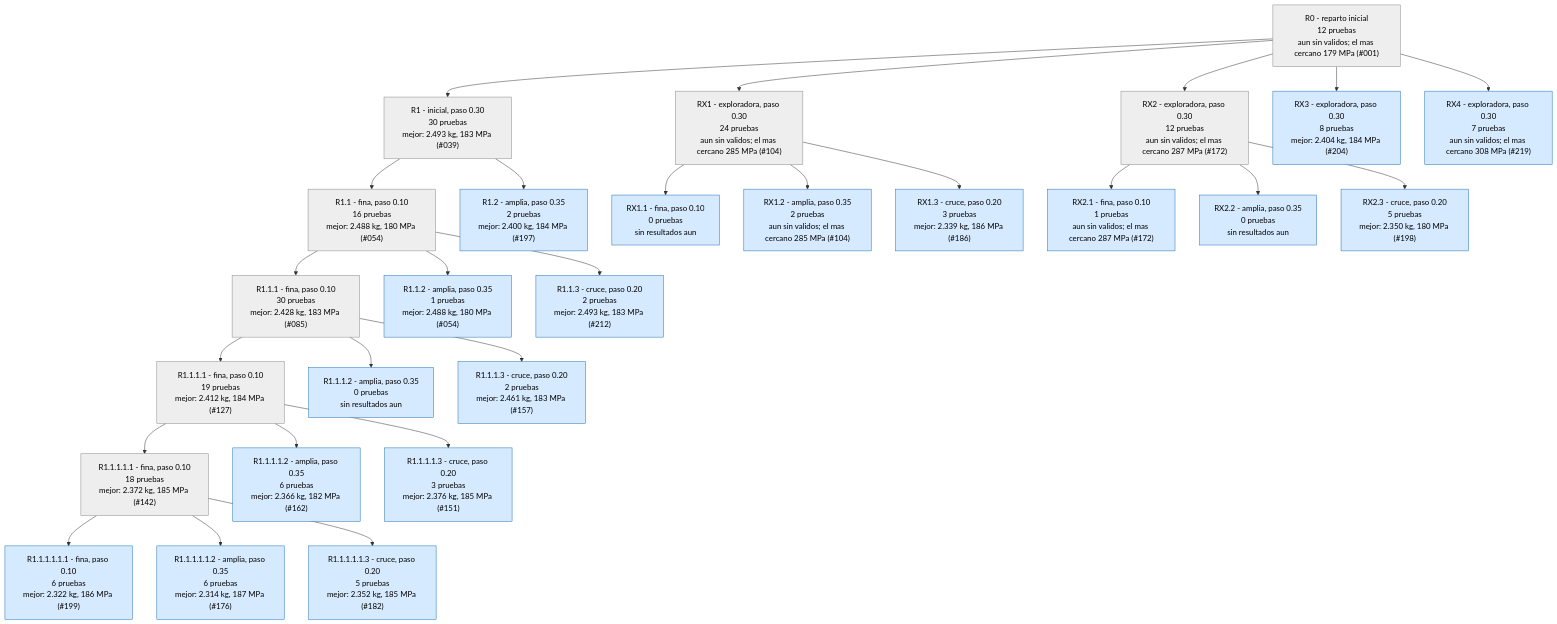
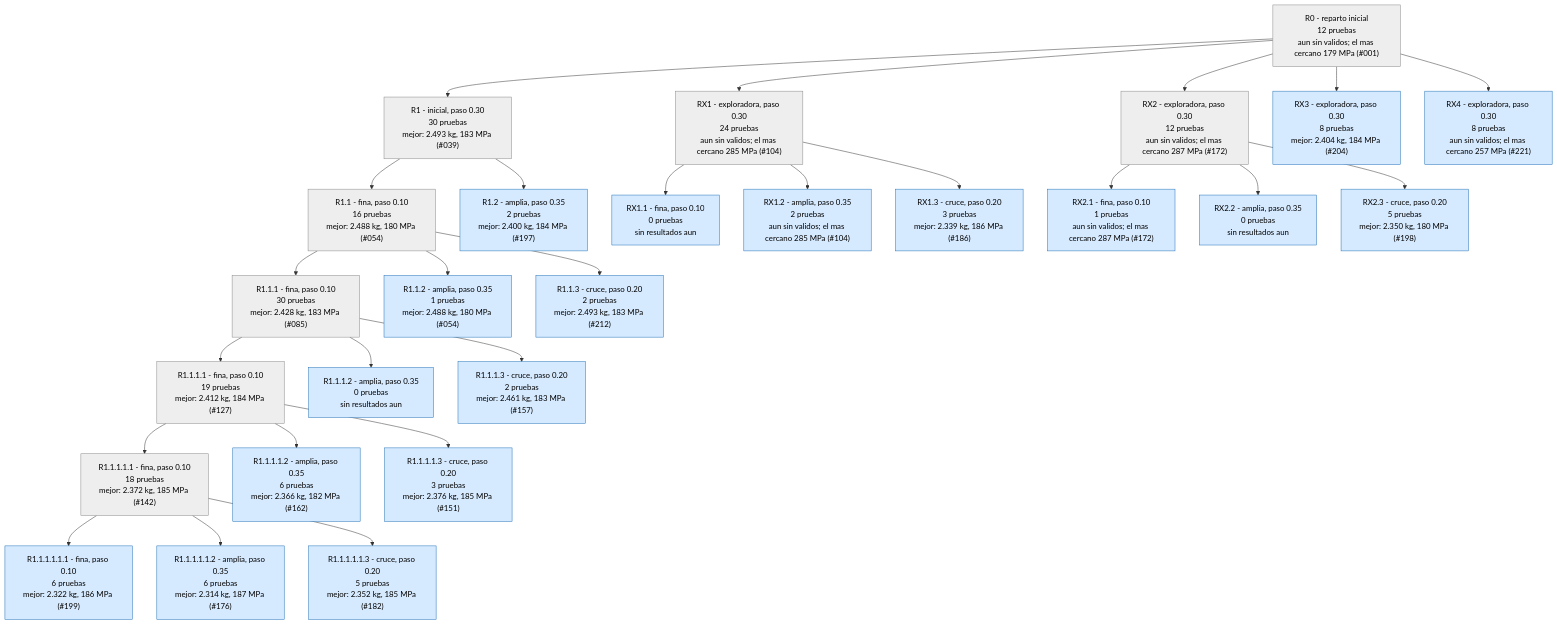
Before and after one commit to Hugiko/msd-soporte-optimizacion: the second of 4 diagrams in runs/opt_37800N/ARBOL.md, drawn with Mermaid. The commit also changed 21 other files, not shown here.

````diff
--- a/runs/opt_37800N/ARBOL.md
+++ b/runs/opt_37800N/ARBOL.md
@@ -53,57 +53,57 @@
 ```mermaid
 graph TD
 classDef activa fill:#d6eaff,stroke:#1f6fb5,color:#000
 classDef fin fill:#eeeeee,stroke:#888,color:#000
 classDef mejor fill:#c8f0c0,stroke:#1a9850,stroke-width:4px,color:#000
 R0["R0 - reparto inicial<br/>12 pruebas<br/>aun sin validos; el mas cercano 179 MPa (#001)"]:::fin
 R1["R1 - inicial, paso 0.30<br/>30 pruebas<br/>mejor: 2.493 kg, 183 MPa (#039)"]:::fin
 R0 --> R1
 R1_1["R1.1 - fina, paso 0.10<br/>16 pruebas<br/>mejor: 2.488 kg, 180 MPa (#054)"]:::fin
 R1 --> R1_1
 R1_2["R1.2 - amplia, paso 0.35<br/>2 pruebas<br/>mejor: 2.400 kg, 184 MPa (#197)"]:::activa
 R1 --> R1_2
 R1_1_1["R1.1.1 - fina, paso 0.10<br/>30 pruebas<br/>mejor: 2.428 kg, 183 MPa (#085)"]:::fin
 R1_1 --> R1_1_1
 R1_1_2["R1.1.2 - amplia, paso 0.35<br/>1 pruebas<br/>mejor: 2.488 kg, 180 MPa (#054)"]:::activa
 R1_1 --> R1_1_2
 R1_1_3["R1.1.3 - cruce, paso 0.20<br/>2 pruebas<br/>mejor: 2.493 kg, 183 MPa (#212)"]:::activa
 R1_1 --> R1_1_3
 R1_1_1_1["R1.1.1.1 - fina, paso 0.10<br/>19 pruebas<br/>mejor: 2.412 kg, 184 MPa (#127)"]:::fin
 R1_1_1 --> R1_1_1_1
 R1_1_1_2["R1.1.1.2 - amplia, paso 0.35<br/>0 pruebas<br/>sin resultados aun"]:::activa
 R1_1_1 --> R1_1_1_2
 R1_1_1_3["R1.1.1.3 - cruce, paso 0.20<br/>2 pruebas<br/>mejor: 2.461 kg, 183 MPa (#157)"]:::activa
 R1_1_1 --> R1_1_1_3
 RX1["RX1 - exploradora, paso 0.30<br/>24 pruebas<br/>aun sin validos; el mas cercano 285 MPa (#104)"]:::fin
 R0 --> RX1
 RX1_1["RX1.1 - fina, paso 0.10<br/>0 pruebas<br/>sin resultados aun"]:::activa
 RX1 --> RX1_1
 RX1_2["RX1.2 - amplia, paso 0.35<br/>2 pruebas<br/>aun sin validos; el mas cercano 285 MPa (#104)"]:::activa
 RX1 --> RX1_2
 RX1_3["RX1.3 - cruce, paso 0.20<br/>3 pruebas<br/>mejor: 2.339 kg, 186 MPa (#186)"]:::activa
 RX1 --> RX1_3
 R1_1_1_1_1["R1.1.1.1.1 - fina, paso 0.10<br/>18 pruebas<br/>mejor: 2.372 kg, 185 MPa (#142)"]:::fin
 R1_1_1_1 --> R1_1_1_1_1
 R1_1_1_1_2["R1.1.1.1.2 - amplia, paso 0.35<br/>6 pruebas<br/>mejor: 2.366 kg, 182 MPa (#162)"]:::activa
 R1_1_1_1 --> R1_1_1_1_2
 R1_1_1_1_3["R1.1.1.1.3 - cruce, paso 0.20<br/>3 pruebas<br/>mejor: 2.376 kg, 185 MPa (#151)"]:::activa
 R1_1_1_1 --> R1_1_1_1_3
 R1_1_1_1_1_1["R1.1.1.1.1.1 - fina, paso 0.10<br/>6 pruebas<br/>mejor: 2.322 kg, 186 MPa (#199)"]:::activa
 R1_1_1_1_1 --> R1_1_1_1_1_1
 R1_1_1_1_1_2["R1.1.1.1.1.2 - amplia, paso 0.35<br/>6 pruebas<br/>mejor: 2.314 kg, 187 MPa (#176)"]:::activa
 R1_1_1_1_1 --> R1_1_1_1_1_2
 R1_1_1_1_1_3["R1.1.1.1.1.3 - cruce, paso 0.20<br/>5 pruebas<br/>mejor: 2.352 kg, 185 MPa (#182)"]:::activa
 R1_1_1_1_1 --> R1_1_1_1_1_3
 RX2["RX2 - exploradora, paso 0.30<br/>12 pruebas<br/>aun sin validos; el mas cercano 287 MPa (#172)"]:::fin
 R0 --> RX2
 RX2_1["RX2.1 - fina, paso 0.10<br/>1 pruebas<br/>aun sin validos; el mas cercano 287 MPa (#172)"]:::activa
 RX2 --> RX2_1
 RX2_2["RX2.2 - amplia, paso 0.35<br/>0 pruebas<br/>sin resultados aun"]:::activa
 RX2 --> RX2_2
 RX2_3["RX2.3 - cruce, paso 0.20<br/>5 pruebas<br/>mejor: 2.350 kg, 180 MPa (#198)"]:::activa
 RX2 --> RX2_3
 RX3["RX3 - exploradora, paso 0.30<br/>8 pruebas<br/>mejor: 2.404 kg, 184 MPa (#204)"]:::activa
 R0 --> RX3
-RX4["RX4 - exploradora, paso 0.30<br/>7 pruebas<br/>aun sin validos; el mas cercano 308 MPa (#219)"]:::activa
+RX4["RX4 - exploradora, paso 0.30<br/>8 pruebas<br/>aun sin validos; el mas cercano 257 MPa (#221)"]:::activa
 R0 --> RX4
 ```
````
